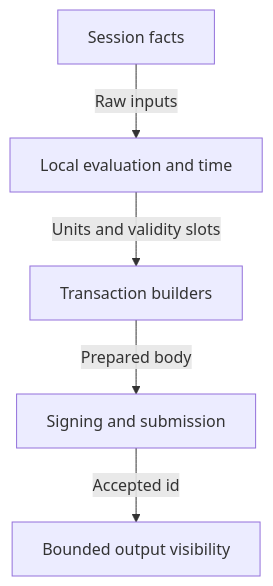
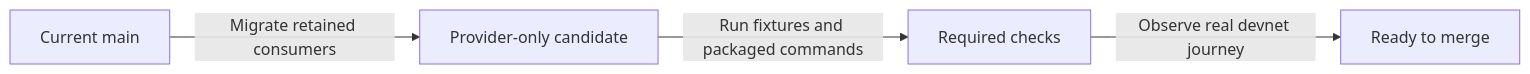
The diagram in specs/383-provider-interfaces/plan.md (lambdasistemi/singular), drawn with Mermaid before and after one commit. The commit also changed other lines of this file and 1 other file, not shown here.

Commit message:
docs: reset provider ticket plan to main with executable tasks

````diff
--- a/specs/383-provider-interfaces/plan.md
+++ b/specs/383-provider-interfaces/plan.md
@@ -128,7 +69,6 @@
 ```mermaid
-flowchart TD
-  Facts[Session facts] -->|Raw inputs| Local[Local evaluation and time]
-  Local -->|Units and validity slots| Build[Transaction builders]
-  Build -->|Prepared body| Send[Signing and submission]
-  Send -->|Accepted id| Poll[Bounded output visibility]
+flowchart LR
+  Main[Current main] -->|Migrate retained consumers| Code[Provider-only candidate]
+  Code -->|Run fixtures and packaged commands| Check[Required checks]
+  Check -->|Observe real devnet journey| Ship[Ready to merge]
 ```
````
